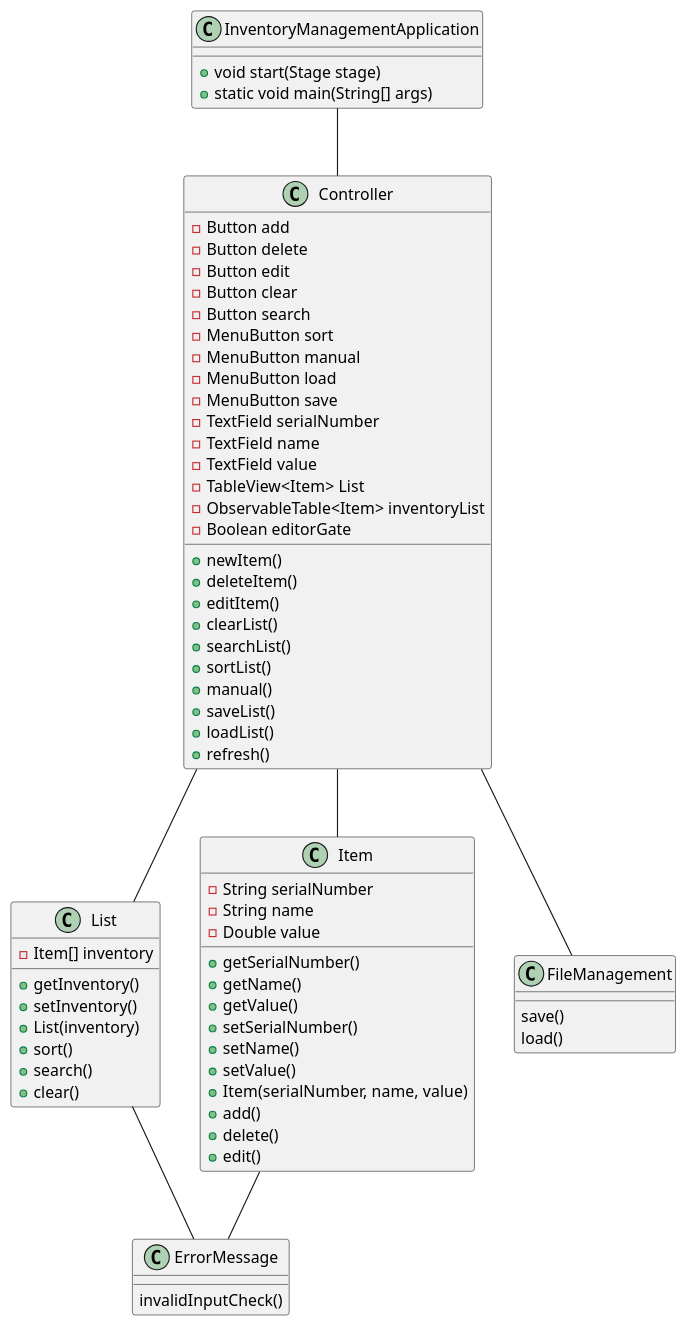
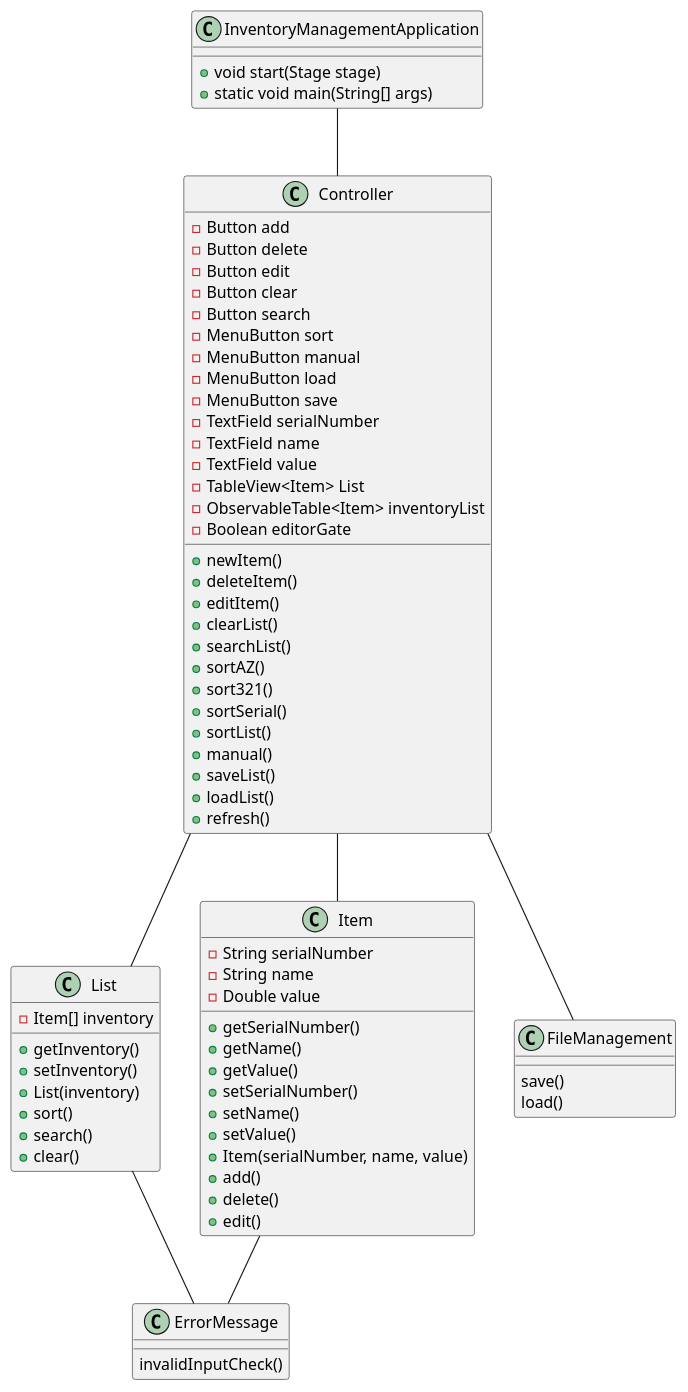
The diagram in earnest-app2-code/docs/app2-classUML.puml (aidane1023/earnest-app2), drawn with PlantUML before and after one commit. The commit also changed 3 other files, not shown here.

```diff
--- a/earnest-app2-code/docs/app2-classUML.puml
+++ b/earnest-app2-code/docs/app2-classUML.puml
@@ -1,86 +1,89 @@
 @startuml
 'https://plantuml.com/class-diagram
 
 class InventoryManagementApplication
 class Controller
 class List
 class Item
 class ErrorMessage
 class FileManagement
 
 InventoryManagementApplication -- Controller
 Controller -- List
 Controller -- Item
 Item -- ErrorMessage
 List -- ErrorMessage
 Controller -- FileManagement
 
 
 class InventoryManagementApplication {
     + void start(Stage stage)
     + static void main(String[] args)
 }
 
 class Controller {
     - Button add
     - Button delete
     - Button edit
     - Button clear
     - Button search
     - MenuButton sort
     - MenuButton manual
     - MenuButton load
     - MenuButton save
     - TextField serialNumber
     - TextField name
     - TextField value
     - TableView<Item> List
     - ObservableTable<Item> inventoryList
     - Boolean editorGate
     + newItem()
     + deleteItem()
     + editItem()
     + clearList()
     + searchList()
+    + sortAZ()
+    + sort321()
+    + sortSerial()
     + sortList()
     + manual()
     + saveList()
     + loadList()
     + refresh()
 }
 
 class FileManagement {
     save()
     load()
 }
 
 class ErrorMessage {
     invalidInputCheck()
 }
 
 class List {
     - Item[] inventory
     + getInventory()
     + setInventory()
     + List(inventory)
     + sort()
     + search()
     + clear()
 }
 
 class Item {
     - String serialNumber
     - String name
     - Double value
     + getSerialNumber()
     + getName()
     + getValue()
     + setSerialNumber()
     + setName()
     + setValue()
     + Item(serialNumber, name, value)
     + add()
     + delete()
     + edit()
 }
 @enduml
```
